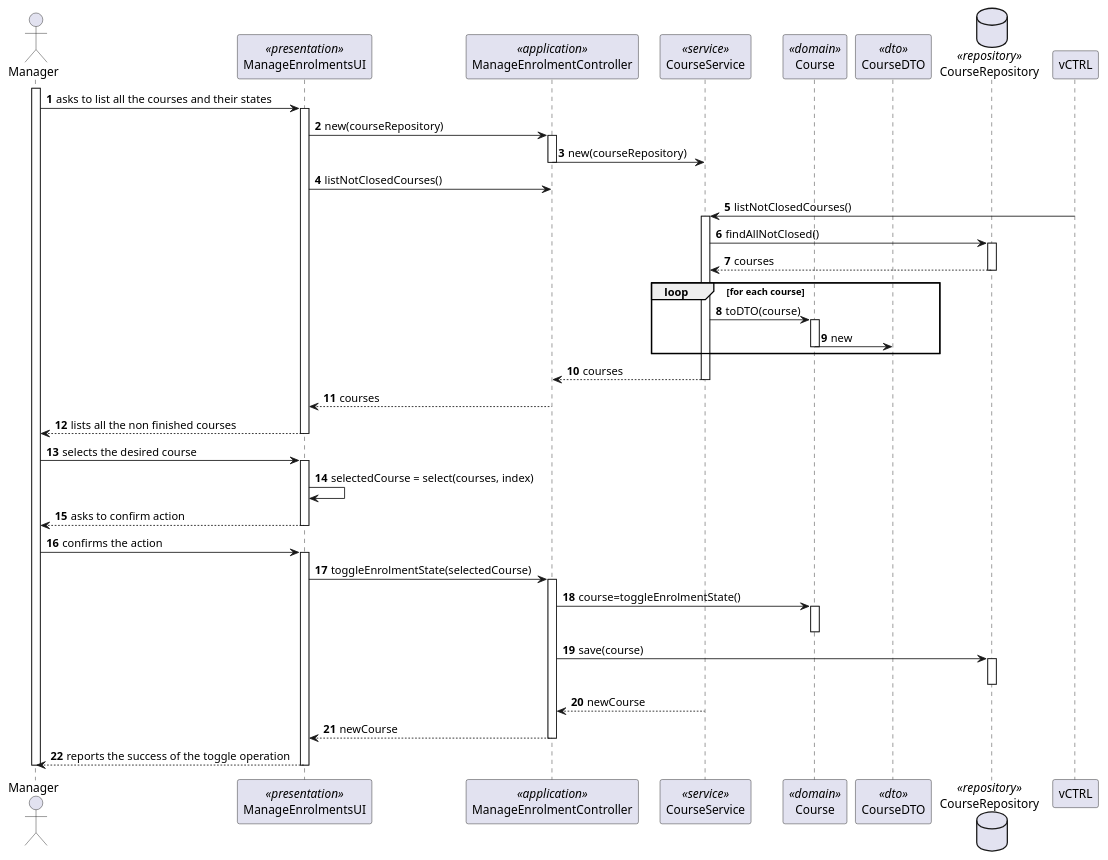
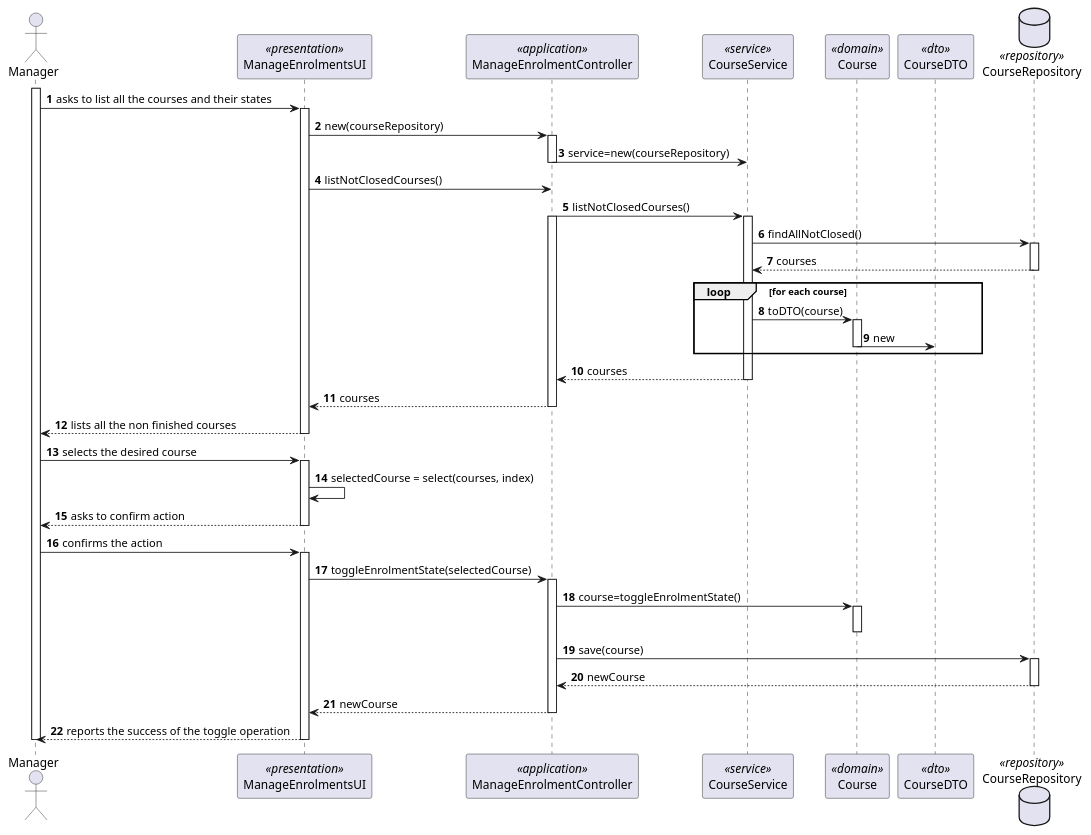
One commit to miseEnPlace-dev/lapr4 changed the diagram in docs/sprint-b/us09-1003/US1003_SD.puml. Above: the diagram before and after it, drawn with PlantUML. The commit also changed 5 other files, not shown here.

```diff
--- a/docs/sprint-b/us09-1003/US1003_SD.puml
+++ b/docs/sprint-b/us09-1003/US1003_SD.puml
@@ -1,71 +1,71 @@
 @startuml US1003_SD
 autonumber
 
 actor "Manager" as M
 participant "ManageEnrolmentsUI" as UI <<presentation>>
 participant "ManageEnrolmentController" as CTRL <<application>>
 participant "CourseService" as SRV <<service>>
 participant "Course" as C <<domain>>
 participant "CourseDTO" as DTO <<dto>>
 
 database CourseRepository as REP <<repository>>
 
 activate M
 
 M -> UI : asks to list all the courses and their states
 activate UI
 
 UI -> CTRL : new(courseRepository)
 activate CTRL
-CTRL -> SRV : new(courseRepository)
+CTRL -> SRV : service=new(courseRepository)
 deactivate CTRL
 
 UI -> CTRL : listNotClosedCourses()
-vCTRL -> SRV : listNotClosedCourses()
+CTRL -> SRV : listNotClosedCourses()
+activate CTRL
 activate SRV
 SRV -> REP : findAllNotClosed()
 activate REP
 REP --> SRV : courses
 deactivate REP
 
 loop for each course
   SRV -> C : toDTO(course)
   activate C
   C -> DTO : new
   deactivate C
 end loop
 
 SRV --> CTRL : courses
 deactivate SRV
 CTRL --> UI : courses
 deactivate CTRL
 
 UI --> M : lists all the non finished courses
 deactivate UI
 
 M -> UI : selects the desired course
 activate UI
 UI -> UI : selectedCourse = select(courses, index)
 UI --> M : asks to confirm action
 deactivate UI
 
 M -> UI : confirms the action
 activate UI
 UI -> CTRL : toggleEnrolmentState(selectedCourse)
 activate CTRL
 CTRL -> C : course=toggleEnrolmentState()
 activate C
 deactivate C
 CTRL -> REP : save(course)
 activate REP
+REP --> CTRL : newCourse
 deactivate REP
-SRV --> CTRL : newCourse
-deactivate SRV
 CTRL --> UI : newCourse
 deactivate CTRL
 UI--> M : reports the success of the toggle operation
 deactivate UI
 
 deactivate M
 
 @enduml
```
